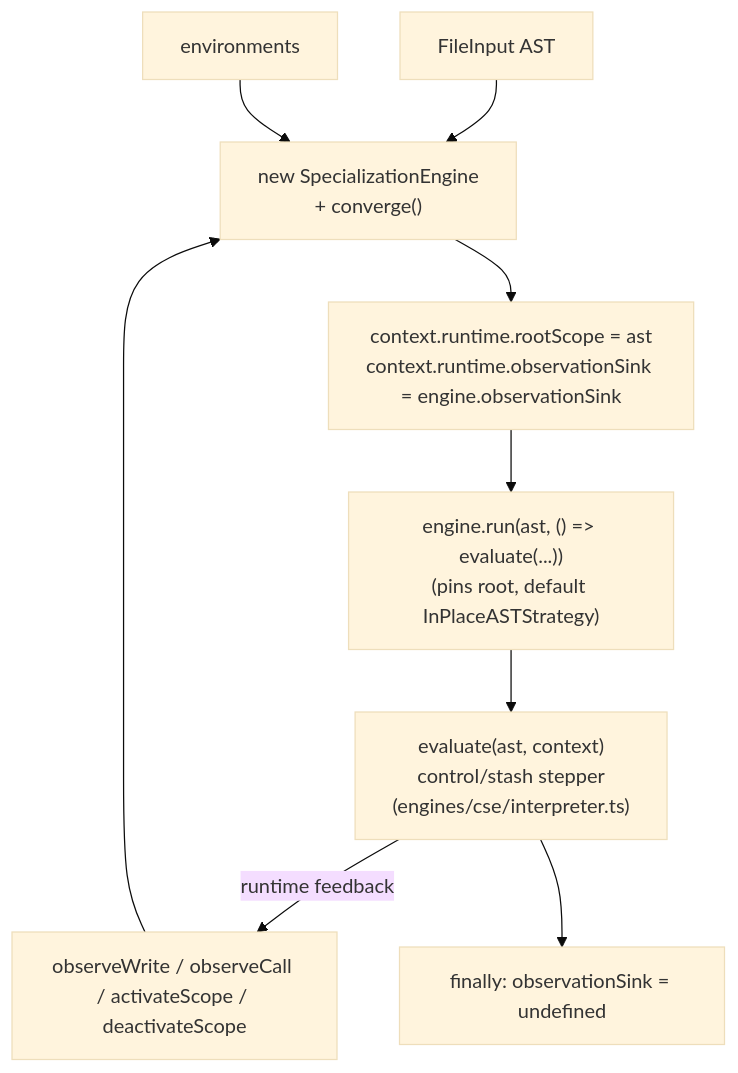
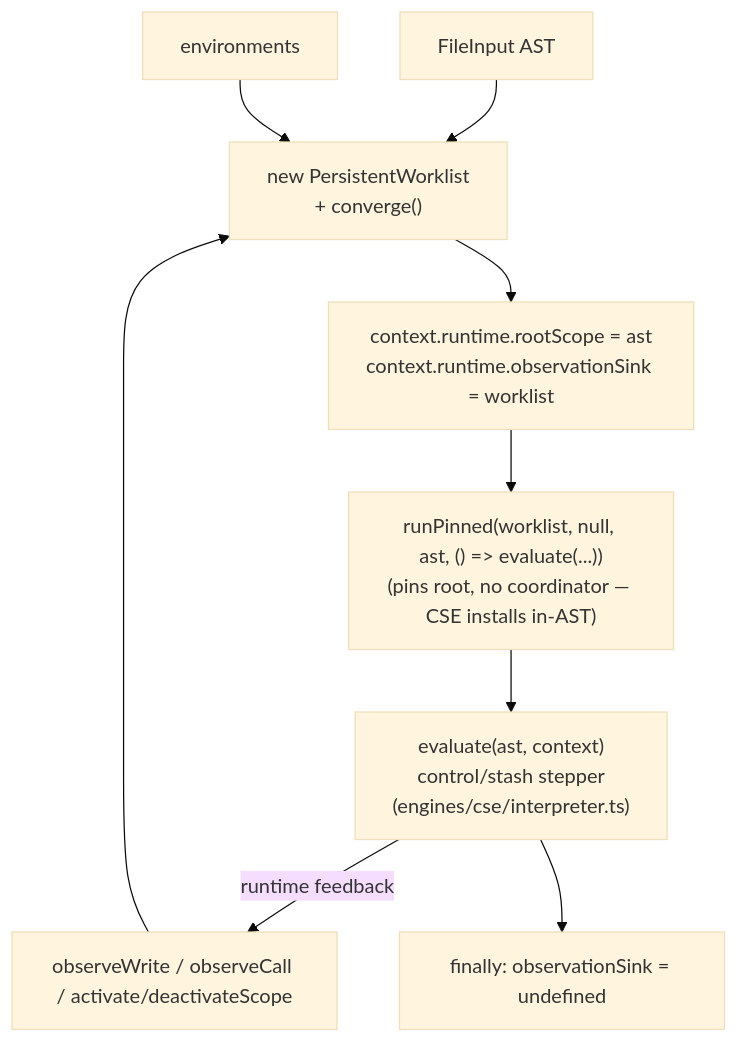
One commit to loyaltypollution/py-slang changed the fifth of 6 diagrams in docs/compilation-flow.md. Above: the diagram before and after it, drawn with Mermaid (base theme). The commit also changed other lines of this file and 2 other files, not shown here.

Commit message:
docs: refresh roadmap + compilation-flow; absorb cleanup-plan gaps into roadmap D1–D7

````diff
--- a/docs/compilation-flow.md
+++ b/docs/compilation-flow.md
@@ -278,17 +306,17 @@
 ```mermaid
 flowchart TB
     AST["FileInput AST"]
     ENV["environments"]
-    ENG["new SpecializationEngine<br/>+ converge()"]
-    WIRE["context.runtime.rootScope = ast<br/>context.runtime.observationSink = engine.observationSink"]
-    RUN["engine.run(ast, () => evaluate(...))<br/>(pins root, default InPlaceASTStrategy)"]
+    WL["new PersistentWorklist<br/>+ converge()"]
+    WIRE["context.runtime.rootScope = ast<br/>context.runtime.observationSink = worklist"]
+    RUN["runPinned(worklist, null, ast, () => evaluate(...))<br/>(pins root, no coordinator — CSE installs in-AST)"]
     EXEC["evaluate(ast, context)<br/>control/stash stepper<br/>(engines/cse/interpreter.ts)"]
-    OBS["observeWrite / observeCall / activateScope / deactivateScope"]
+    OBS["observeWrite / observeCall / activate/deactivateScope"]
     FIN["finally: observationSink = undefined"]
 
-    AST --> ENG
-    ENV --> ENG
-    ENG --> WIRE --> RUN --> EXEC
-    EXEC -- "runtime feedback" --> OBS --> ENG
+    AST --> WL
+    ENV --> WL
+    WL --> WIRE --> RUN --> EXEC
+    EXEC -- "runtime feedback" --> OBS --> WL
     EXEC --> FIN
 ```
````
